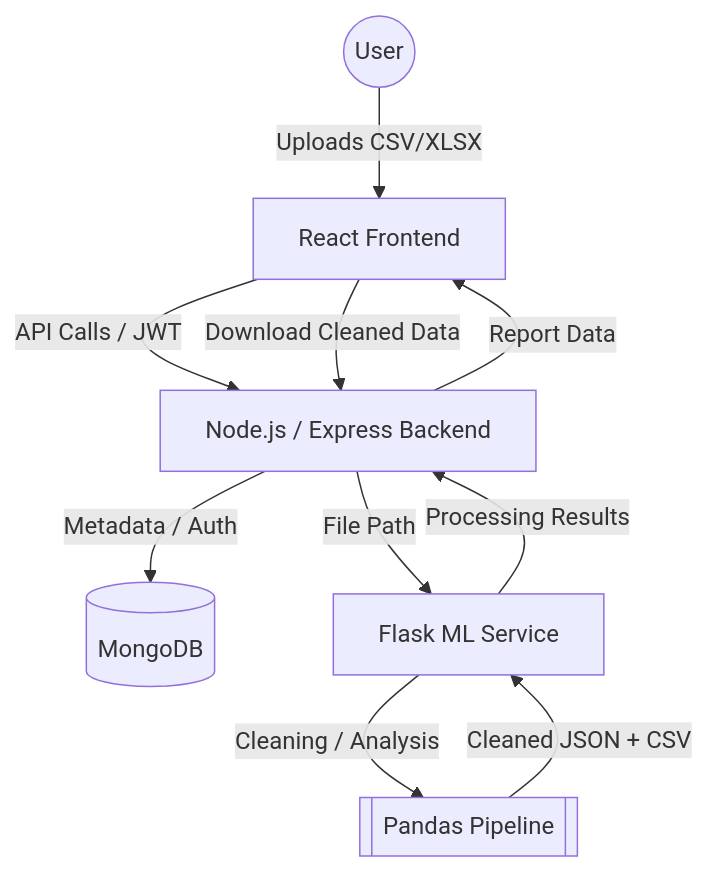
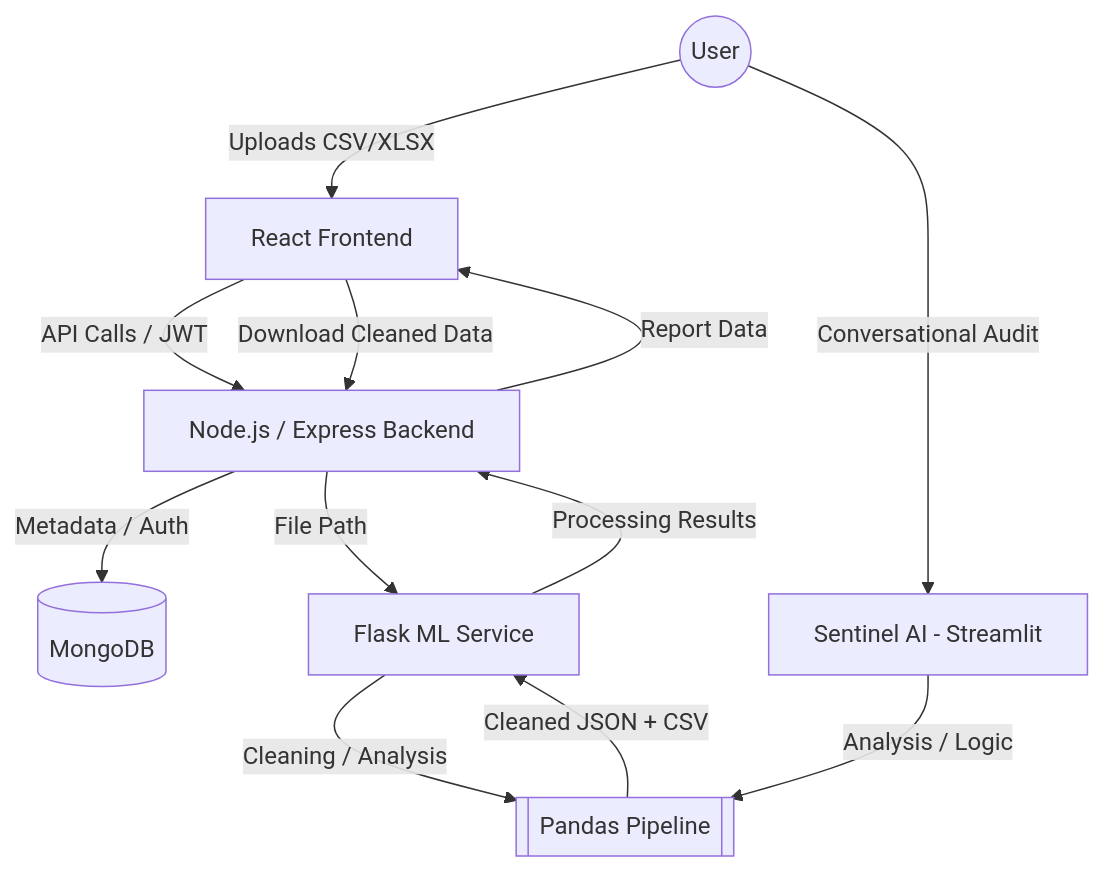
The diagram in README.md (727623BIT053Evelin/quality_quardian), drawn with Mermaid before and after one commit. The commit also changed other lines of this file and 3 other files, not shown here.

````diff
--- a/README.md
+++ b/README.md
@@ -7,12 +7,14 @@
 ```mermaid
 graph TD
     User((User)) -->|Uploads CSV/XLSX| React[React Frontend]
+    User -->|Conversational Audit| Streamlit[Sentinel AI - Streamlit]
     React -->|API Calls / JWT| Node[Node.js / Express Backend]
     Node -->|Metadata / Auth| MongoDB[(MongoDB)]
     Node -->|File Path| Flask[Flask ML Service]
     Flask -->|Cleaning / Analysis| Pandas[[Pandas Pipeline]]
+    Streamlit -->|Analysis / Logic| Pandas
     Pandas -->|Cleaned JSON + CSV| Flask
     Flask -->|Processing Results| Node
     Node -->|Report Data| React
     React -->|Download Cleaned Data| Node
 ```
````
